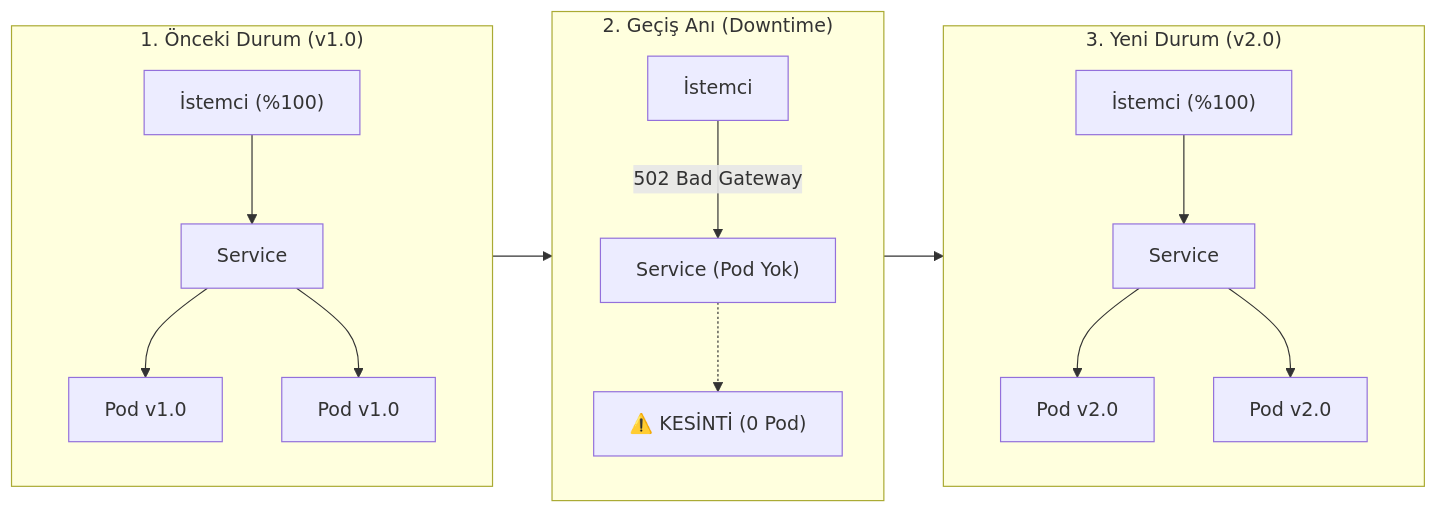
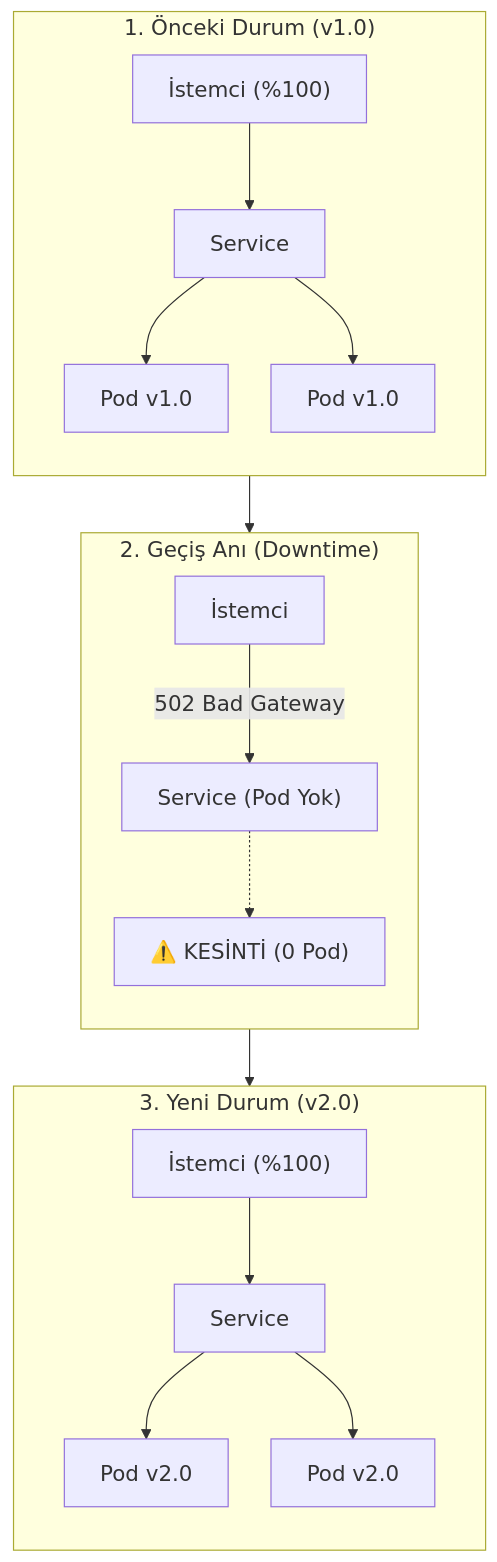
One commit to MTugce/k8s-labs changed the first of 4 diagrams in lab-08-deployment-strategies/README.md. Above: the diagram before and after it, drawn with Mermaid. The commit also changed other lines of this file, not shown here.

Commit message:
Keep Lab 8 Mermaid diagrams visible

````diff
--- a/lab-08-deployment-strategies/README.md
+++ b/lab-08-deployment-strategies/README.md
@@ -76,19 +73,22 @@
 ```mermaid
-flowchart LR
+%%{init: {'themeVariables': {'fontSize': '18px'}, 'flowchart': {'nodeSpacing': 36, 'rankSpacing': 48}}}%%
+flowchart TB
+  accTitle: Recreate dağıtım aşamaları
+  accDescr: Eski sürümün çalışmasından kesinti anına ve yeni sürüme geçişi gösterir.
   subgraph S1["1. Önceki Durum (v1.0)"]
     direction TB
     C1["İstemci (%100)"] --> SRV1["Service"]
     SRV1 --> P1A["Pod v1.0"] & P1B["Pod v1.0"]
   end
   subgraph S2["2. Geçiş Anı (Downtime)"]
     direction TB
     C2["İstemci"] -->|502 Bad Gateway| SRV2["Service (Pod Yok)"]
     SRV2 -.-> X["⚠️ KESİNTİ (0 Pod)"]
   end
   subgraph S3["3. Yeni Durum (v2.0)"]
     direction TB
     C3["İstemci (%100)"] --> SRV3["Service"]
     SRV3 --> P2A["Pod v2.0"] & P2B["Pod v2.0"]
   end
   S1 --> S2 --> S3
 ```
````
